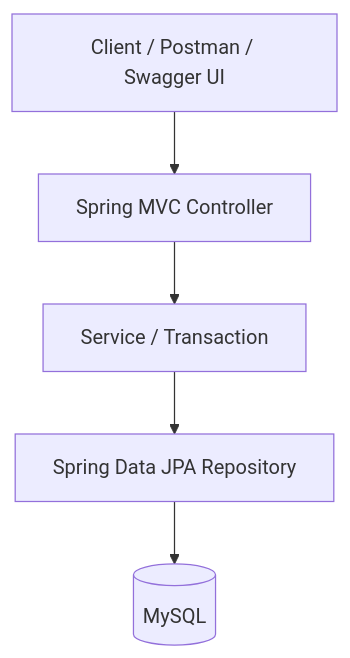
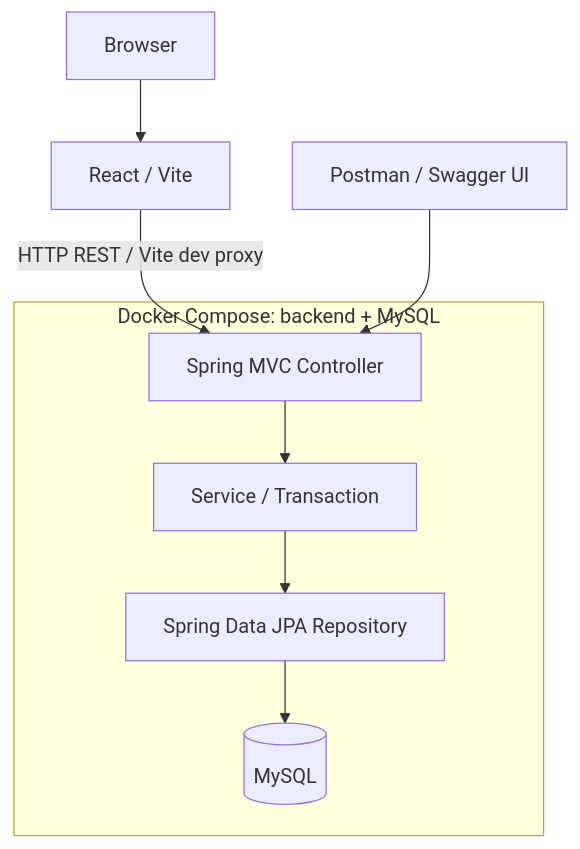
The first of 2 diagrams in README.md (sombackend-dev/next-ccs), drawn with Mermaid before and after one commit. The commit also changed other lines of this file, not shown here.

````diff
--- a/README.md
+++ b/README.md
@@ -52,13 +46,16 @@
 ```mermaid
 flowchart TD
-    Client["Client / Postman / Swagger UI"]
-    Controller["Spring MVC Controller"]
-    Service["Service / Transaction"]
-    Repository["Spring Data JPA Repository"]
-    Database[("MySQL")]
+    User["Browser"] --> React["React / Vite"]
+    React -->|"HTTP REST / Vite dev proxy"| Controller["Spring MVC Controller"]
+    API["Postman / Swagger UI"] --> Controller
+    Controller --> Service["Service / Transaction"]
+    Service --> Repository["Spring Data JPA Repository"]
+    Repository --> Database[("MySQL")]
 
-    Client --> Controller
-    Controller --> Service
-    Service --> Repository
-    Repository --> Database
+    subgraph DockerCompose["Docker Compose: backend + MySQL"]
+        Controller
+        Service
+        Repository
+        Database
+    end
 ```
````
